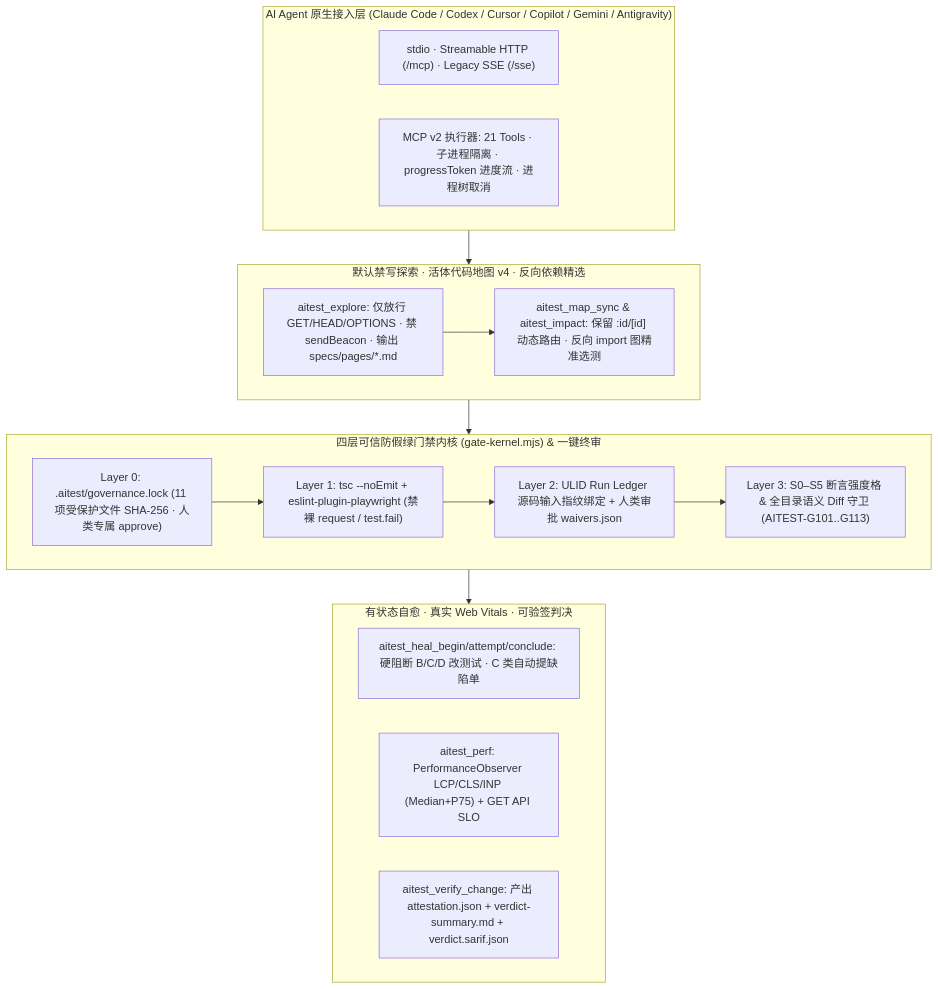
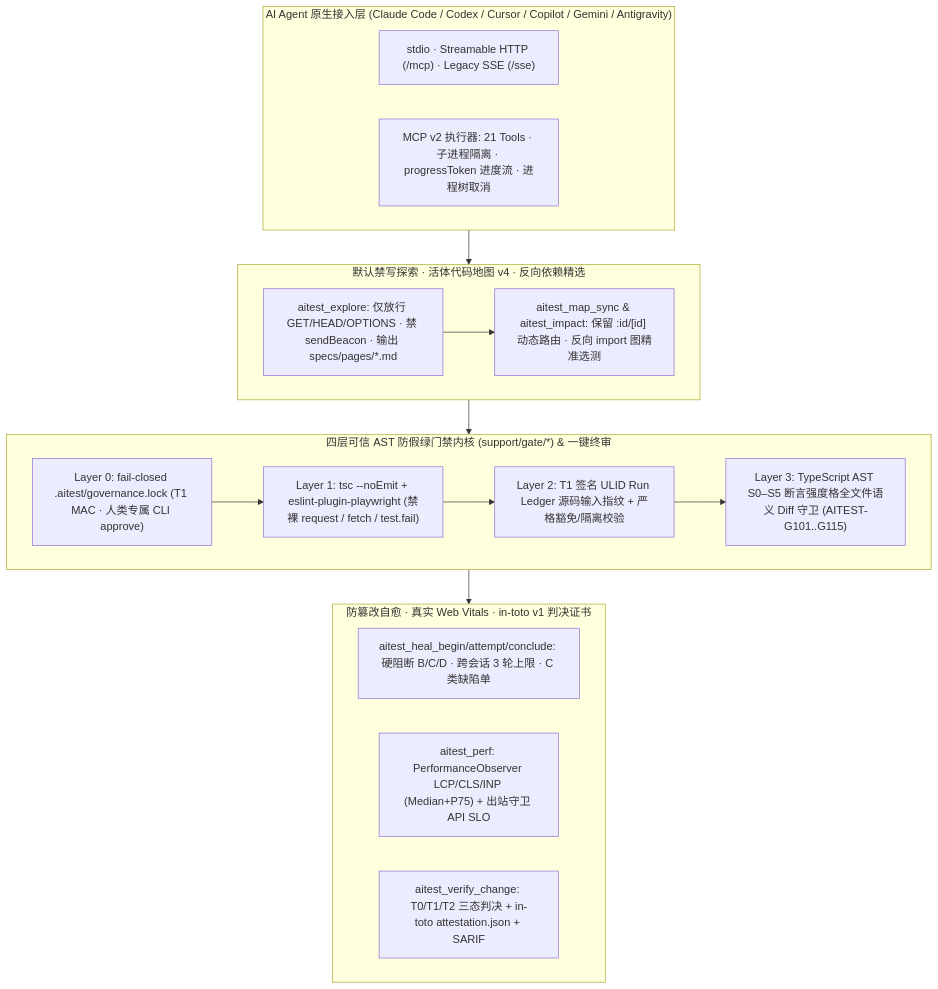
The diagram in README.md (seaworld008/ai-test-workbench), drawn with Mermaid before and after one commit. The commit also changed other lines of this file and 71 other files, not shown here.

Commit message:
refactor(kernel): modular AST gate, T1 MAC, evidence triage & hardened MCP server

````diff
--- a/README.md
+++ b/README.md
@@ -44,29 +46,29 @@
 ```mermaid
 flowchart TB
     subgraph AGENT["AI Agent 原生接入层 (Claude Code / Codex / Cursor / Copilot / Gemini / Antigravity)"]
         A1["stdio · Streamable HTTP (/mcp) · Legacy SSE (/sse)"]
         A2["MCP v2 执行器: 21 Tools · 子进程隔离 · progressToken 进度流 · 进程树取消"]
     end
 
     subgraph BRAIN["默认禁写探索 · 活体代码地图 v4 · 反向依赖精选"]
         K1["aitest_explore: 仅放行 GET/HEAD/OPTIONS · 禁 sendBeacon · 输出 specs/pages/*.md"]
         K2["aitest_map_sync & aitest_impact: 保留 :id/[id] 动态路由 · 反向 import 图精准选测"]
         K1 --> K2
     end
 
-    subgraph KERNEL["四层可信防假绿门禁内核 (gate-kernel.mjs) & 一键终审"]
-        G0["Layer 0: .aitest/governance.lock (11 项受保护文件 SHA-256 · 人类专属 approve)"]
-        G1["Layer 1: tsc --noEmit + eslint-plugin-playwright (禁裸 request / test.fail)"]
-        G2["Layer 2: ULID Run Ledger 源码输入指纹绑定 + 人类审批 waivers.json"]
-        G3["Layer 3: S0–S5 断言强度格 & 全目录语义 Diff 守卫 (AITEST-G101..G113)"]
+    subgraph KERNEL["四层可信 AST 防假绿门禁内核 (support/gate/*) & 一键终审"]
+        G0["Layer 0: fail-closed .aitest/governance.lock (T1 MAC · 人类专属 CLI approve)"]
+        G1["Layer 1: tsc --noEmit + eslint-plugin-playwright (禁裸 request / fetch / test.fail)"]
+        G2["Layer 2: T1 签名 ULID Run Ledger 源码输入指纹 + 严格豁免/隔离校验"]
+        G3["Layer 3: TypeScript AST S0–S5 断言强度格全文件语义 Diff 守卫 (AITEST-G101..G115)"]
         G0 --> G1 --> G2 --> G3
     end
 
-    subgraph VERDICT["有状态自愈 · 真实 Web Vitals · 可验签判决"]
-        V1["aitest_heal_begin/attempt/conclude: 硬阻断 B/C/D 改测试 · C 类自动提缺陷单"]
-        V2["aitest_perf: PerformanceObserver LCP/CLS/INP (Median+P75) + GET API SLO"]
-        V3["aitest_verify_change: 产出 attestation.json + verdict-summary.md + verdict.sarif.json"]
+    subgraph VERDICT["防篡改自愈 · 真实 Web Vitals · in-toto v1 判决证书"]
+        V1["aitest_heal_begin/attempt/conclude: 硬阻断 B/C/D · 跨会话 3 轮上限 · C 类缺陷单"]
+        V2["aitest_perf: PerformanceObserver LCP/CLS/INP (Median+P75) + 出站守卫 API SLO"]
+        V3["aitest_verify_change: T0/T1/T2 三态判决 + in-toto attestation.json + SARIF"]
     end
 
     AGENT --> BRAIN --> KERNEL --> VERDICT
 ```
````
